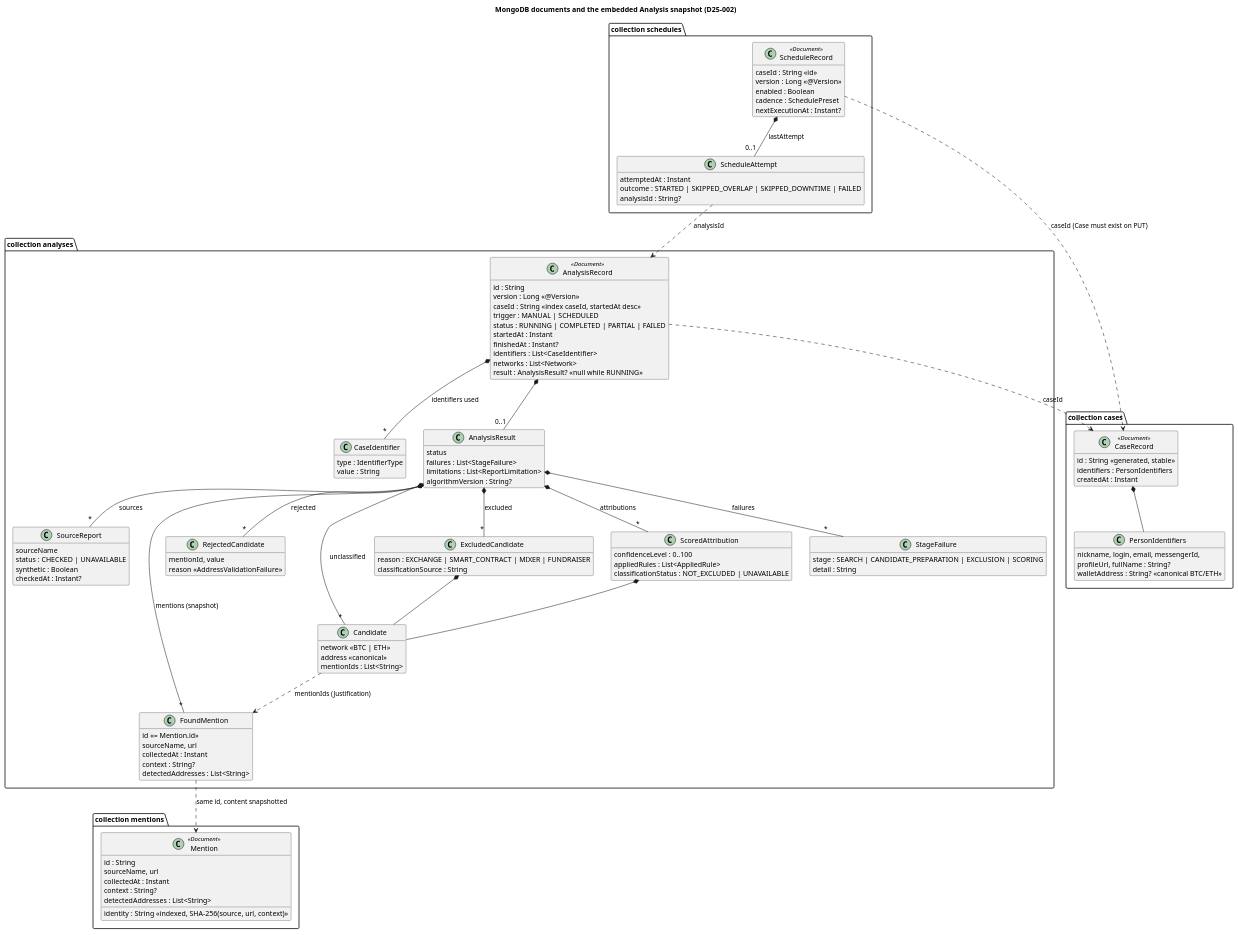
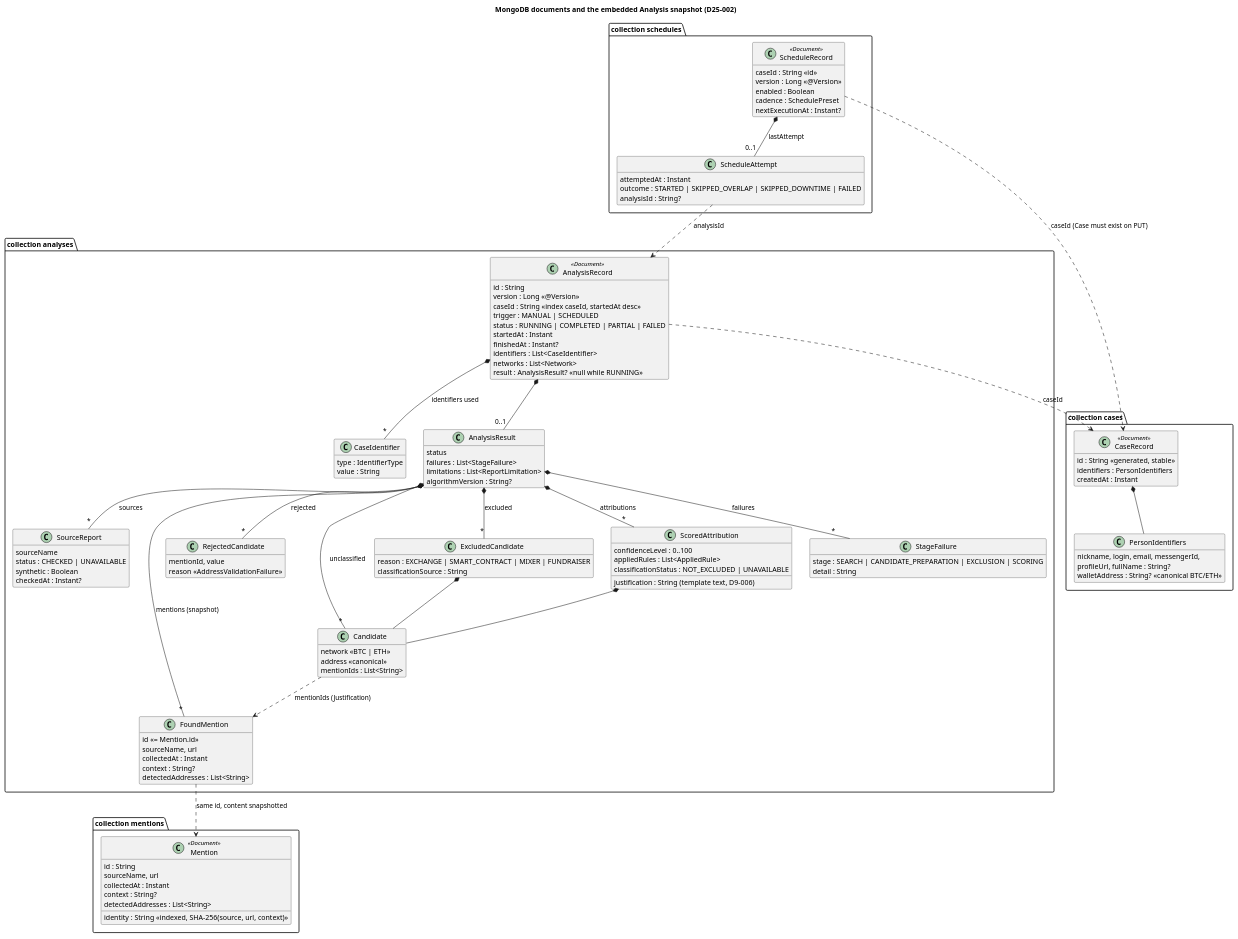
One commit to NononotaaSquad/cryptofoot changed the diagram in .agents/context/backend/diagrams/13-data-model.puml. Above: the diagram before and after it, drawn with PlantUML. The commit also changed 20 other files, not shown here.

```diff
--- a/.agents/context/backend/diagrams/13-data-model.puml
+++ b/.agents/context/backend/diagrams/13-data-model.puml
@@ -1,126 +1,127 @@
 @startuml 13-data-model
 title MongoDB documents and the embedded Analysis snapshot (D25-002)
 
 skinparam shadowing false
 hide empty methods
 
 package "collection cases" {
   class CaseRecord <<Document>> {
     id : String <<generated, stable>>
     identifiers : PersonIdentifiers
     createdAt : Instant
   }
   class PersonIdentifiers {
     nickname, login, email, messengerId,
     profileUrl, fullName : String?
     walletAddress : String? <<canonical BTC/ETH>>
   }
 }
 
 package "collection analyses" {
   class AnalysisRecord <<Document>> {
     id : String
     version : Long <<@Version>>
     caseId : String <<index caseId, startedAt desc>>
     trigger : MANUAL | SCHEDULED
     status : RUNNING | COMPLETED | PARTIAL | FAILED
     startedAt : Instant
     finishedAt : Instant?
     identifiers : List<CaseIdentifier>
     networks : List<Network>
     result : AnalysisResult? <<null while RUNNING>>
   }
   class CaseIdentifier {
     type : IdentifierType
     value : String
   }
   class AnalysisResult {
     status
     failures : List<StageFailure>
     limitations : List<ReportLimitation>
     algorithmVersion : String?
   }
   class SourceReport {
     sourceName
     status : CHECKED | UNAVAILABLE
     synthetic : Boolean
     checkedAt : Instant?
   }
   class FoundMention {
     id <<= Mention.id>>
     sourceName, url
     collectedAt : Instant
     context : String?
     detectedAddresses : List<String>
   }
   class RejectedCandidate {
     mentionId, value
     reason <<AddressValidationFailure>>
   }
   class Candidate {
     network <<BTC | ETH>>
     address <<canonical>>
     mentionIds : List<String>
   }
   class ExcludedCandidate {
     reason : EXCHANGE | SMART_CONTRACT | MIXER | FUNDRAISER
     classificationSource : String
   }
   class ScoredAttribution {
     confidenceLevel : 0..100
     appliedRules : List<AppliedRule>
+    justification : String (template text, D9-006)
     classificationStatus : NOT_EXCLUDED | UNAVAILABLE
   }
   class StageFailure {
     stage : SEARCH | CANDIDATE_PREPARATION | EXCLUSION | SCORING
     detail : String
   }
 }
 
 package "collection mentions" {
   class Mention <<Document>> {
     id : String
     sourceName, url
     collectedAt : Instant
     context : String?
     detectedAddresses : List<String>
     identity : String <<indexed, SHA-256(source, url, context)>>
   }
 }
 
 package "collection schedules" {
   class ScheduleRecord <<Document>> {
     caseId : String <<id>>
     version : Long <<@Version>>
     enabled : Boolean
     cadence : SchedulePreset
     nextExecutionAt : Instant?
   }
   class ScheduleAttempt {
     attemptedAt : Instant
     outcome : STARTED | SKIPPED_OVERLAP | SKIPPED_DOWNTIME | FAILED
     analysisId : String?
   }
 }
 
 CaseRecord *-- PersonIdentifiers
 AnalysisRecord *-- "*" CaseIdentifier : identifiers used
 AnalysisRecord *-- "0..1" AnalysisResult
 AnalysisResult *-- "*" SourceReport : sources
 AnalysisResult *-- "*" FoundMention : mentions (snapshot)
 AnalysisResult *-- "*" RejectedCandidate : rejected
 AnalysisResult *-- "*" ExcludedCandidate : excluded
 AnalysisResult *-- "*" Candidate : unclassified
 AnalysisResult *-- "*" ScoredAttribution : attributions
 AnalysisResult *-- "*" StageFailure : failures
 ExcludedCandidate *-- Candidate
 ScoredAttribution *-- Candidate
 ScheduleRecord *-- "0..1" ScheduleAttempt : lastAttempt
 
 AnalysisRecord ..> CaseRecord : caseId
 ScheduleRecord ..> CaseRecord : caseId (Case must exist on PUT)
 ScheduleAttempt ..> AnalysisRecord : analysisId
 FoundMention ..> Mention : same id, content snapshotted
 Candidate ..> FoundMention : mentionIds (Justification)
 
 @enduml
```
